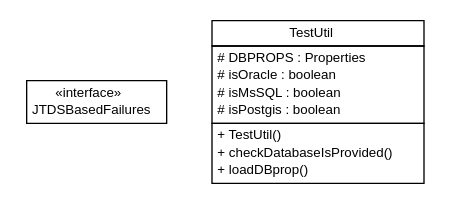
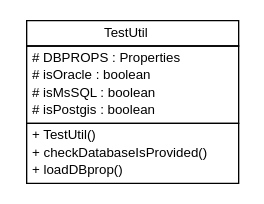
One commit to B3Partners/brmo changed the diagram in brmo-service/testapidocs/nl/b3p/brmo/service/testutil/nl.b3p.brmo.service.testutil.dot. Above: the diagram before and after it, drawn with Graphviz. The commit also changed 257 other files, not shown here.

```diff
--- a/brmo-service/testapidocs/nl/b3p/brmo/service/testutil/nl.b3p.brmo.service.testutil.dot
+++ b/brmo-service/testapidocs/nl/b3p/brmo/service/testutil/nl.b3p.brmo.service.testutil.dot
@@ -1,36 +1,29 @@
 #!/usr/local/bin/dot
 #
 # Class diagram 
 # Generated by UMLGraph version R5_6-24-gf6e263 (http://www.umlgraph.org/)
 #
 
 digraph G {
 	edge [fontname="Helvetica",fontsize=10,labelfontname="Helvetica",labelfontsize=10];
 	node [fontname="Helvetica",fontsize=10,shape=plaintext];
 	nodesep=0.25;
 	ranksep=0.5;
-	// nl.b3p.brmo.service.testutil.JTDSBasedFailures
-	c14 [label=<<table title="nl.b3p.brmo.service.testutil.JTDSBasedFailures" border="0" cellborder="1" cellspacing="0" cellpadding="2" port="p" href="./JTDSBasedFailures.html">
-		<tr><td><table border="0" cellspacing="0" cellpadding="1">
-<tr><td align="center" balign="center"> &#171;interface&#187; </td></tr>
-<tr><td align="center" balign="center"> JTDSBasedFailures </td></tr>
-		</table></td></tr>
-		</table>>, URL="./JTDSBasedFailures.html", fontname="Helvetica", fontcolor="black", fontsize=10.0];
 	// nl.b3p.brmo.service.testutil.TestUtil
-	c15 [label=<<table title="nl.b3p.brmo.service.testutil.TestUtil" border="0" cellborder="1" cellspacing="0" cellpadding="2" port="p" href="./TestUtil.html">
+	c12 [label=<<table title="nl.b3p.brmo.service.testutil.TestUtil" border="0" cellborder="1" cellspacing="0" cellpadding="2" port="p" href="./TestUtil.html">
 		<tr><td><table border="0" cellspacing="0" cellpadding="1">
 <tr><td align="center" balign="center"> TestUtil </td></tr>
 		</table></td></tr>
 		<tr><td><table border="0" cellspacing="0" cellpadding="1">
 <tr><td align="left" balign="left"> # DBPROPS : Properties </td></tr>
 <tr><td align="left" balign="left"> # isOracle : boolean </td></tr>
 <tr><td align="left" balign="left"> # isMsSQL : boolean </td></tr>
 <tr><td align="left" balign="left"> # isPostgis : boolean </td></tr>
 		</table></td></tr>
 		<tr><td><table border="0" cellspacing="0" cellpadding="1">
 <tr><td align="left" balign="left"> + TestUtil() </td></tr>
 <tr><td align="left" balign="left"> + checkDatabaseIsProvided() </td></tr>
 <tr><td align="left" balign="left"> + loadDBprop() </td></tr>
 		</table></td></tr>
 		</table>>, URL="./TestUtil.html", fontname="Helvetica", fontcolor="black", fontsize=10.0];
 }
```
